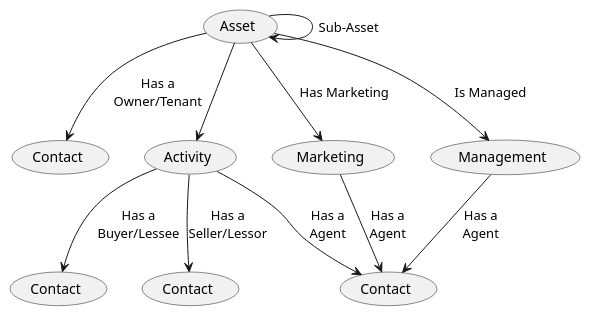
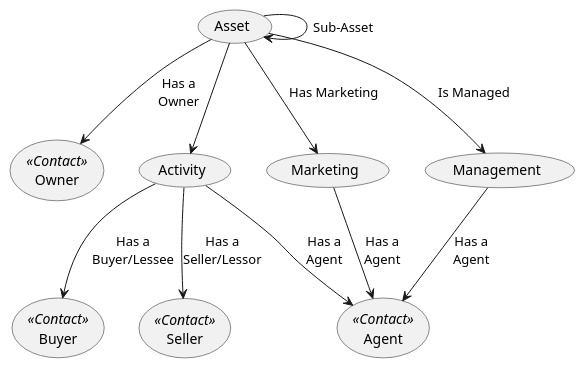
Before and after one commit to Kf-GaryNewport/Kf-GaryNewport.github.io: the diagram in assets/RealEstate/Asset.puml, drawn with PlantUML. The commit also changed 7 other files, not shown here.

```diff
--- a/assets/RealEstate/Asset.puml
+++ b/assets/RealEstate/Asset.puml
@@ -1,21 +1,21 @@
 @startuml Asset
 
-(Contact) as (Buyer)
-(Contact) as (Seller)
-(Contact) as (Owner)
-(Contact) as (Agent)
+(Buyer) << Contact >>
+(Seller) << Contact >>
+(Owner) << Contact >>
+(Agent) << Contact >>
 
 (Asset) -> (Asset) : Sub-Asset
-(Asset) --> (Owner) : Has a\nOwner/Tenant
+(Asset) --> (Owner) : Has a\nOwner
 (Asset) -->  (Activity)
 (Activity) --> (Buyer) : Has a\nBuyer/Lessee
 (Activity) --> (Seller) : Has a\nSeller/Lessor
 (Asset) -->  (Marketing) : Has Marketing
 (Asset) -->  (Management) : Is Managed
 
 (Activity) --> (Agent) : Has a\nAgent
 (Marketing) --> (Agent) : Has a\nAgent
 (Management) --> (Agent) : Has a\nAgent
 
 
 @enduml
```
